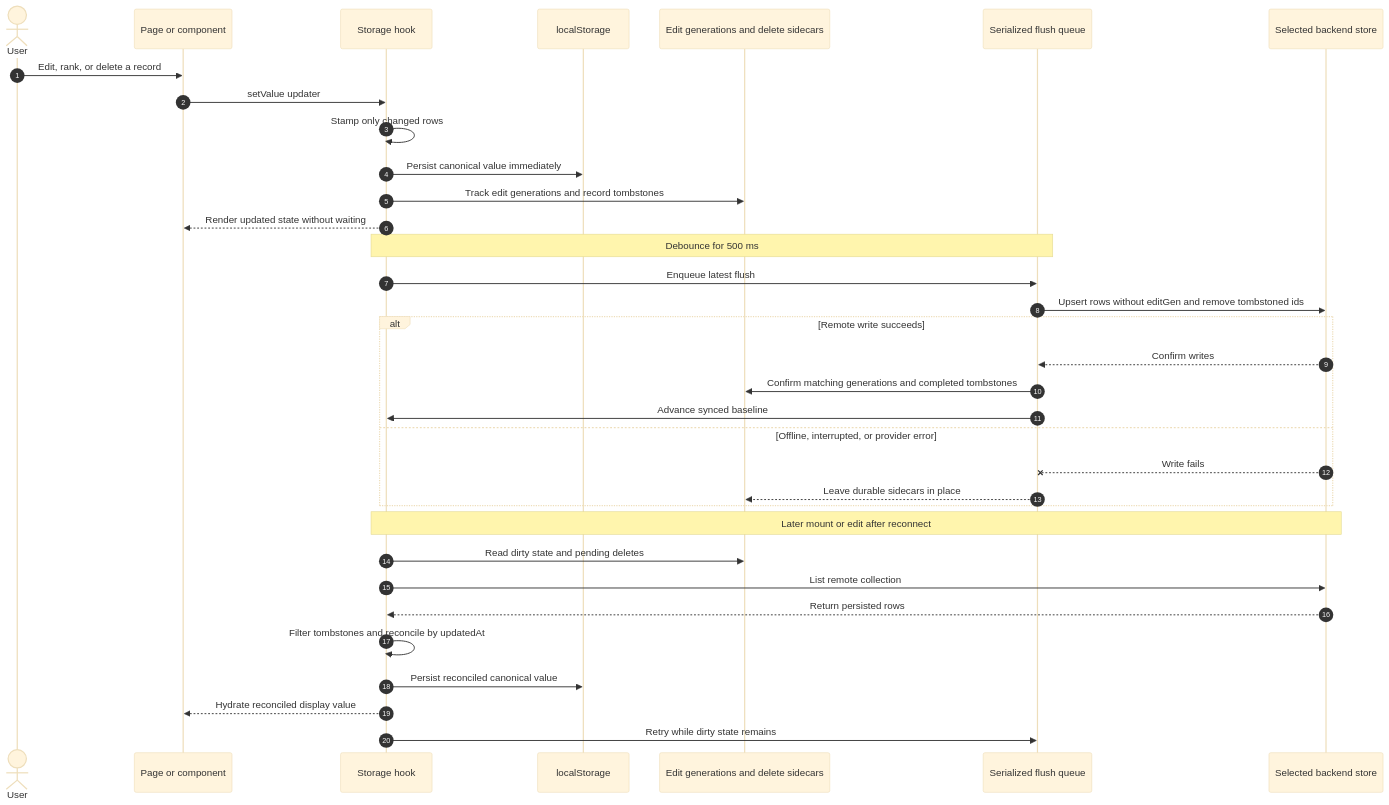
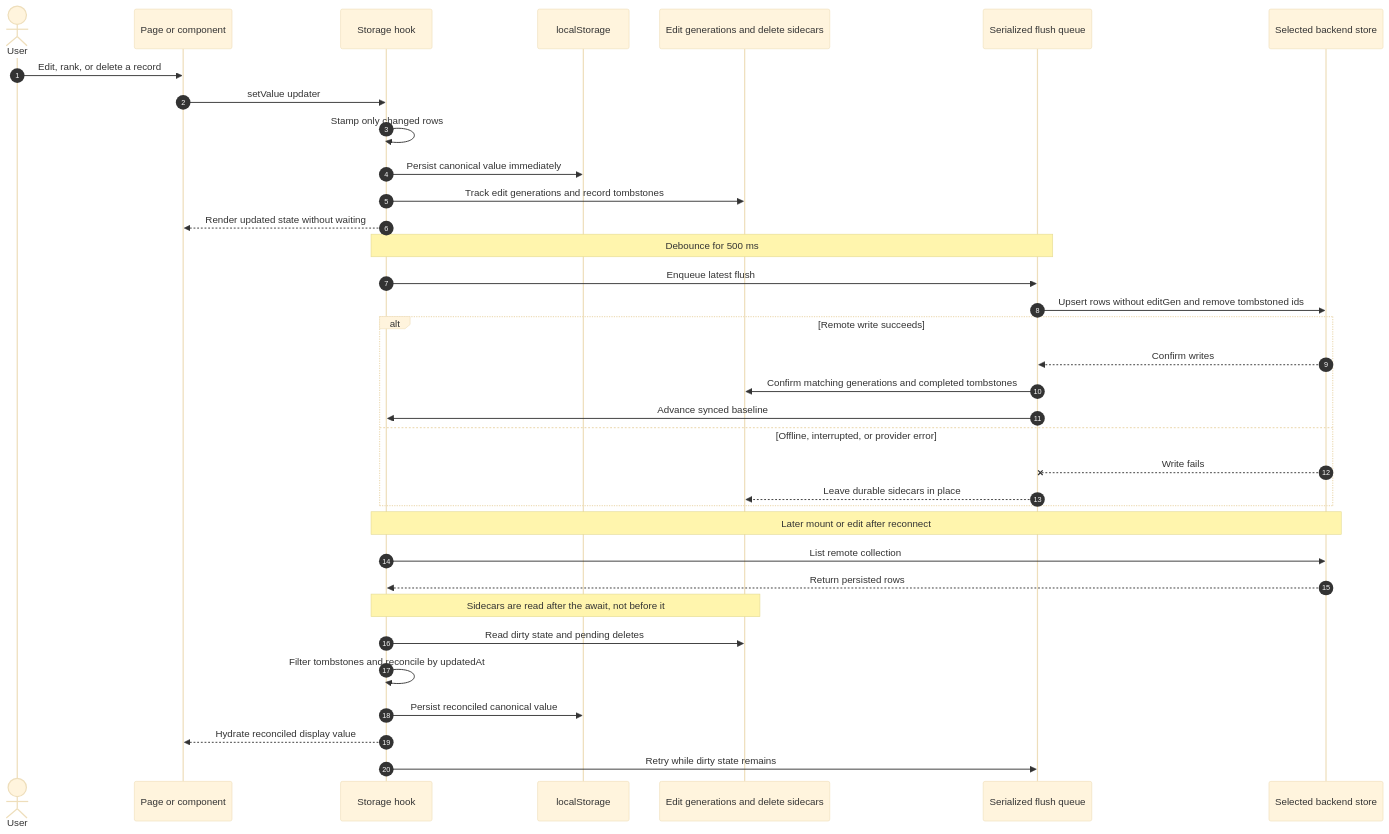
One commit to Pritesh1980/sable changed the fourth of 11 diagrams in docs/ARCHITECTURE.md. Above: the diagram before and after it, drawn with Mermaid (base theme). The commit also changed other lines of this file and 1 other file, not shown here.

````diff
--- a/docs/ARCHITECTURE.md
+++ b/docs/ARCHITECTURE.md
@@ -234,40 +234,41 @@
 ```mermaid
 sequenceDiagram
   autonumber
   actor User
   participant UI as Page or component
   participant Hook as Storage hook
   participant Cache as localStorage
   participant Sidecar as Edit generations and delete sidecars
   participant Queue as Serialized flush queue
   participant Remote as Selected backend store
 
   User->>UI: Edit, rank, or delete a record
   UI->>Hook: setValue updater
   Hook->>Hook: Stamp only changed rows
   Hook->>Cache: Persist canonical value immediately
   Hook->>Sidecar: Track edit generations and record tombstones
   Hook-->>UI: Render updated state without waiting
 
   Note over Hook,Queue: Debounce for 500 ms
   Hook->>Queue: Enqueue latest flush
   Queue->>Remote: Upsert rows without editGen and remove tombstoned ids
 
   alt Remote write succeeds
     Remote-->>Queue: Confirm writes
     Queue->>Sidecar: Confirm matching generations and completed tombstones
     Queue->>Hook: Advance synced baseline
   else Offline, interrupted, or provider error
     Remote--xQueue: Write fails
     Queue-->>Sidecar: Leave durable sidecars in place
   end
 
   Note over Hook,Remote: Later mount or edit after reconnect
-  Hook->>Sidecar: Read dirty state and pending deletes
   Hook->>Remote: List remote collection
   Remote-->>Hook: Return persisted rows
+  Note over Hook,Sidecar: Sidecars are read after the await, not before it
+  Hook->>Sidecar: Read dirty state and pending deletes
   Hook->>Hook: Filter tombstones and reconcile by updatedAt
   Hook->>Cache: Persist reconciled canonical value
   Hook-->>UI: Hydrate reconciled display value
   Hook->>Queue: Retry while dirty state remains
 ```
````
